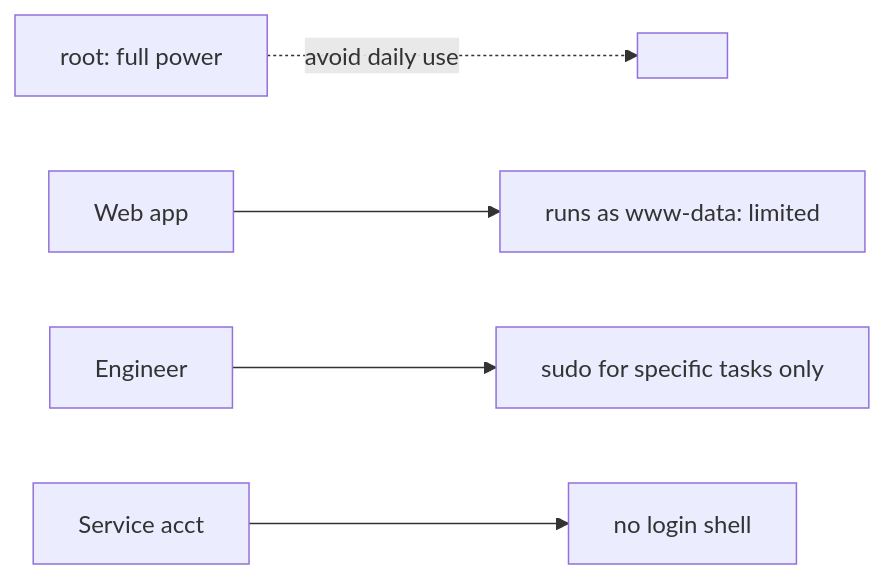
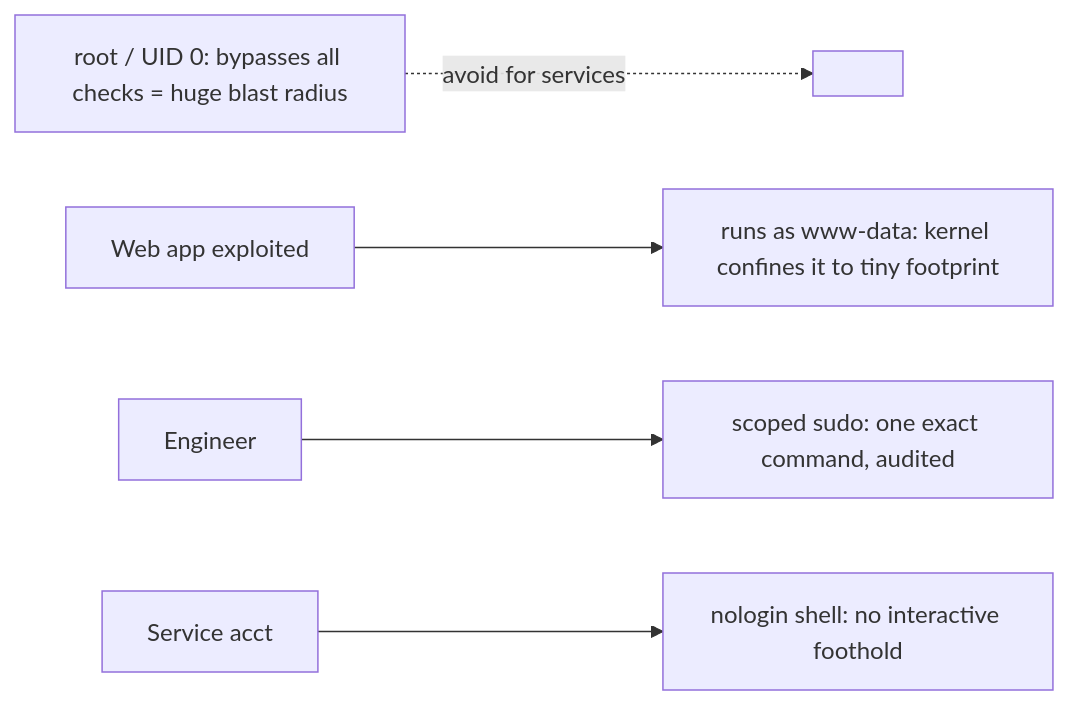
Before and after one commit to cloud-prakhar/learning-linux: the diagram in 12-linux-security-basics/least-privilege.md, drawn with Mermaid. The commit also changed other lines of this file and 69 other files, not shown here.

````diff
--- a/12-linux-security-basics/least-privilege.md
+++ b/12-linux-security-basics/least-privilege.md
@@ -30,7 +38,7 @@
 ```mermaid
 flowchart LR
-    Root[root: full power] -.avoid daily use.-> X[ ]
-    App[Web app] --> WWW[runs as www-data: limited]
-    User[Engineer] --> Sudo[sudo for specific tasks only]
-    Svc[Service acct] --> NoLogin[no login shell]
+    Root[root / UID 0: bypasses all checks = huge blast radius] -.avoid for services.-> X[ ]
+    App[Web app exploited] --> WWW[runs as www-data: kernel confines it to tiny footprint]
+    User[Engineer] --> Sudo[scoped sudo: one exact command, audited]
+    Svc[Service acct] --> NoLogin[nologin shell: no interactive foothold]
 ```
````
